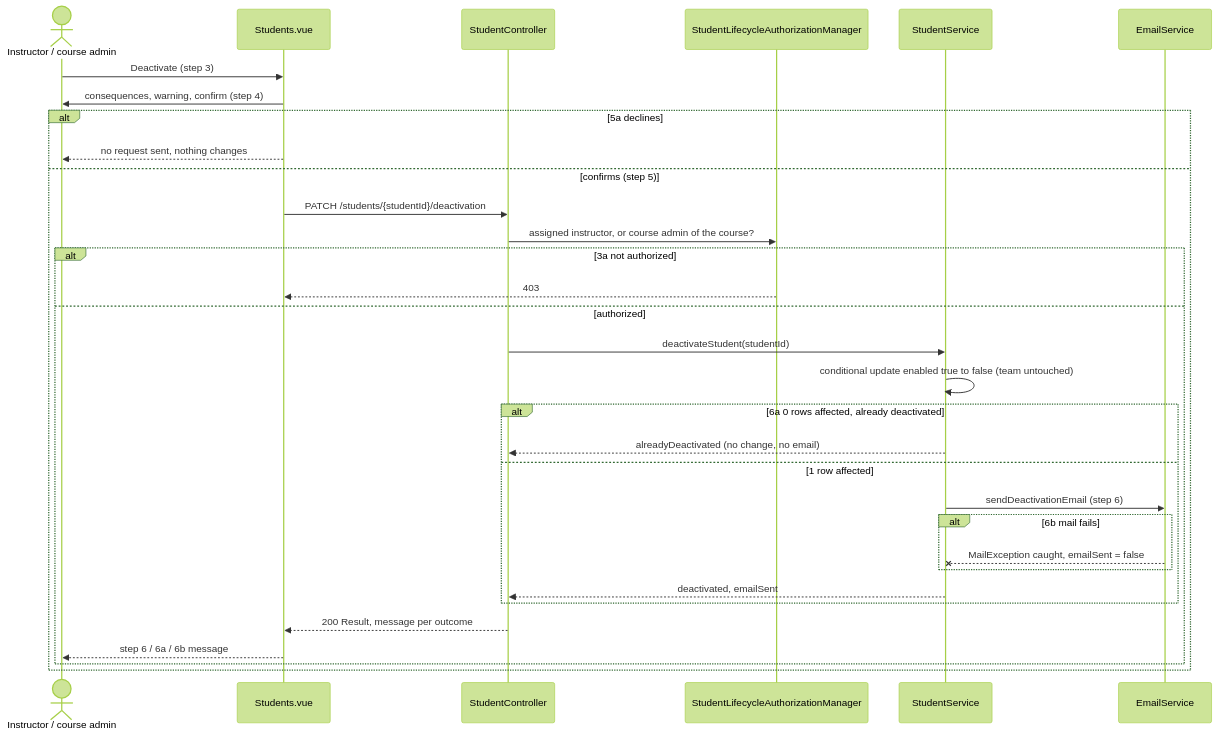
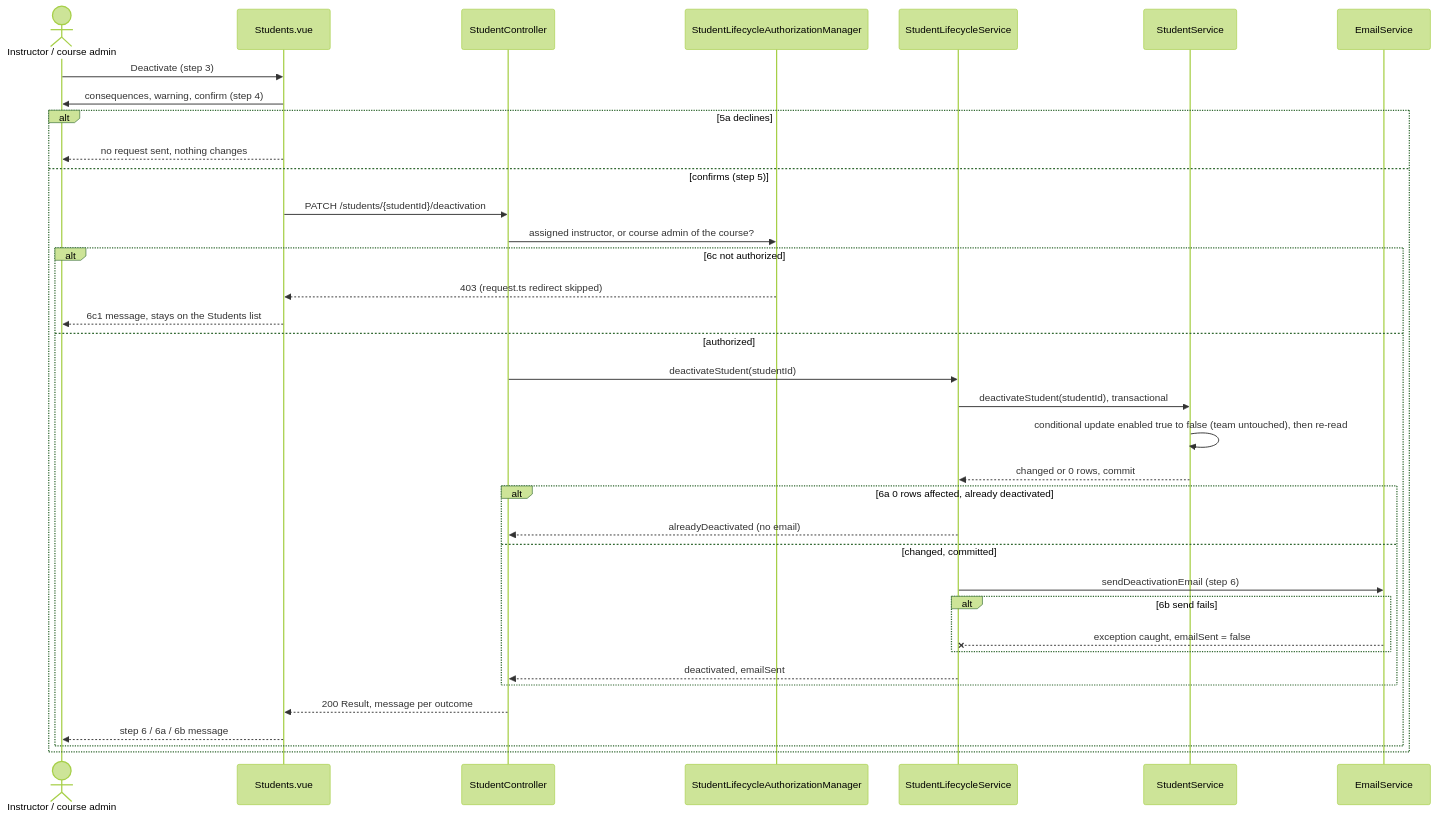
One commit to kayleechristine/add-a-use-case changed the second of 4 diagrams in docs/design/stu.md. Above: the diagram before and after it, drawn with Mermaid (forest theme). The commit also changed other lines of this file, not shown here.

First line of the commit message:
design(UC-STU-deactivate-student): address review of #2

````diff
--- a/docs/design/stu.md
+++ b/docs/design/stu.md
@@ -83,34 +88,38 @@
 ```mermaid
 sequenceDiagram
     actor I as Instructor / course admin
     participant V as Students.vue
     participant API as StudentController
     participant M as StudentLifecycleAuthorizationManager
+    participant L as StudentLifecycleService
     participant S as StudentService
     participant E as EmailService
     I->>V: Deactivate (step 3)
     V->>I: consequences, warning, confirm (step 4)
     alt 5a declines
         V-->>I: no request sent, nothing changes
     else confirms (step 5)
         V->>API: PATCH /students/{studentId}/deactivation
         API->>M: assigned instructor, or course admin of the course?
-        alt 3a not authorized
-            M-->>V: 403
+        alt 6c not authorized
+            M-->>V: 403 (request.ts redirect skipped)
+            V-->>I: 6c1 message, stays on the Students list
         else authorized
-            API->>S: deactivateStudent(studentId)
-            S->>S: conditional update enabled true to false (team untouched)
+            API->>L: deactivateStudent(studentId)
+            L->>S: deactivateStudent(studentId), transactional
+            S->>S: conditional update enabled true to false (team untouched), then re-read
+            S-->>L: changed or 0 rows, commit
             alt 6a 0 rows affected, already deactivated
-                S-->>API: alreadyDeactivated (no change, no email)
-            else 1 row affected
-                S->>E: sendDeactivationEmail (step 6)
-                alt 6b mail fails
-                    E--xS: MailException caught, emailSent = false
+                L-->>API: alreadyDeactivated (no email)
+            else changed, committed
+                L->>E: sendDeactivationEmail (step 6)
+                alt 6b send fails
+                    E--xL: exception caught, emailSent = false
                 end
-                S-->>API: deactivated, emailSent
+                L-->>API: deactivated, emailSent
             end
             API-->>V: 200 Result, message per outcome
             V-->>I: step 6 / 6a / 6b message
         end
     end
 ```
````
